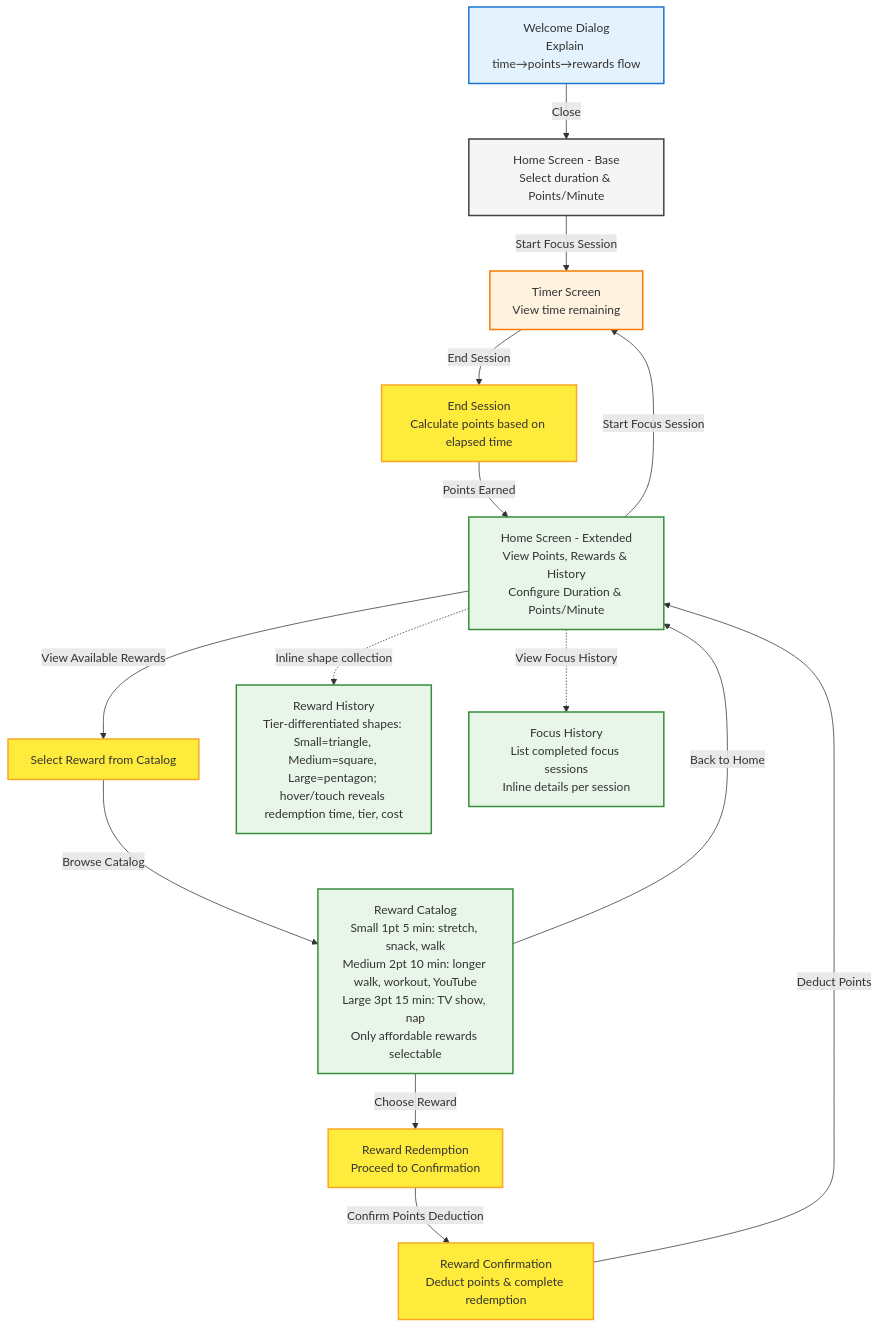
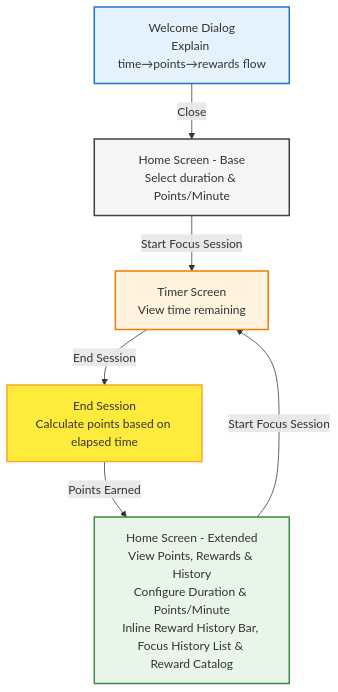
One commit to michellekli/PomoExchange changed the diagram in design.md. Above: the diagram before and after it, drawn with Mermaid. The commit also changed other lines of this file, not shown here.

Commit message:
Remove reward redemption from mermaid flowchart because it is not a distinct full-screen state

````diff
--- a/design.md
+++ b/design.md
@@ -101,58 +101,30 @@
 ```mermaid
 flowchart TD
    %% Define styles
    classDef welcome fill:#e3f2fd,stroke:#1976d2,stroke-width:2px
    classDef homeBase fill:#f5f5f5,stroke:#424242,stroke-width:2px
    classDef timer fill:#fff3e0,stroke:#f57c00,stroke-width:2px
    classDef homeExtended fill:#e8f5e9,stroke:#388e3c,stroke-width:2px
    classDef action fill:#ffeb3b,stroke:#f9a825,stroke-width:2px
 
    %% Welcome Dialog
    Welcome[Welcome Dialog<br/>Explain time→points→rewards flow]:::welcome
    Welcome -->|Close| HomeBase
 
    %% Home Screen - Base
    HomeBase[Home Screen - Base<br/>Select duration & Points/Minute]:::homeBase
    HomeBase -->|Start Focus Session| Timer
 
    %% Timer Screen
    Timer[Timer Screen<br/>View time remaining]:::timer
    Timer -->|End Session| EndSession
 
    %% End Session
    EndSession[End Session<br/>Calculate points based on elapsed time]:::action
     EndSession -->|Points Earned| HomeExtended
 
-   %% Home Screen - Extended
-   HomeExtended[Home Screen - Extended<br/>View Points, Rewards & History<br/>Configure Duration & Points/Minute]:::homeExtended
-   HomeExtended -->|Start Focus Session| Timer
-   HomeExtended -->|View Available Rewards| RewardSelection
-
-   %% Reward Selection Path
-   RewardSelection[Select Reward from Catalog]:::action
-   RewardSelection -->|Browse Catalog| RewardCatalog
-
-   %% Reward Catalog
-   RewardCatalog[Reward Catalog<br/>Small 1pt 5 min: stretch, snack, walk<br/>Medium 2pt 10 min: longer walk, workout, YouTube<br/>Large 3pt 15 min: TV show, nap<br/>Only affordable rewards selectable]:::homeExtended
-   RewardCatalog -->|Choose Reward| RewardRedemption
-   RewardCatalog -->|Back to Home| HomeExtended
-
-   %% Reward Redemption Path
-   RewardRedemption[Reward Redemption<br/>Proceed to Confirmation]:::action
-   RewardRedemption -->|Confirm Points Deduction| RewardConfirmation
-
-   %% Reward Confirmation Path
-   RewardConfirmation[Reward Confirmation<br/>Deduct points & complete redemption]:::action
-   RewardConfirmation -->|Deduct Points| HomeExtended
-
-   %% Reward History
-   HomeExtended -.->|Inline shape collection| RewardHistory
-   HomeExtended -.->|View Focus History| FocusHistory
-
-   %% Reward History
-   RewardHistory[Reward History<br/>Tier-differentiated shapes: Small=triangle, Medium=square, Large=pentagon; hover/touch reveals redemption time, tier, cost]:::homeExtended
-
-   %% Focus History
-   FocusHistory[Focus History<br/>List completed focus sessions<br/>Inline details per session]:::homeExtended
+    %% Home Screen - Extended
+    HomeExtended[Home Screen - Extended<br/>View Points, Rewards & History<br/>Configure Duration & Points/Minute<br/>Inline Reward History Bar, Focus History List & Reward Catalog]:::homeExtended
+    HomeExtended -->|Start Focus Session| Timer
 
 ```
````
